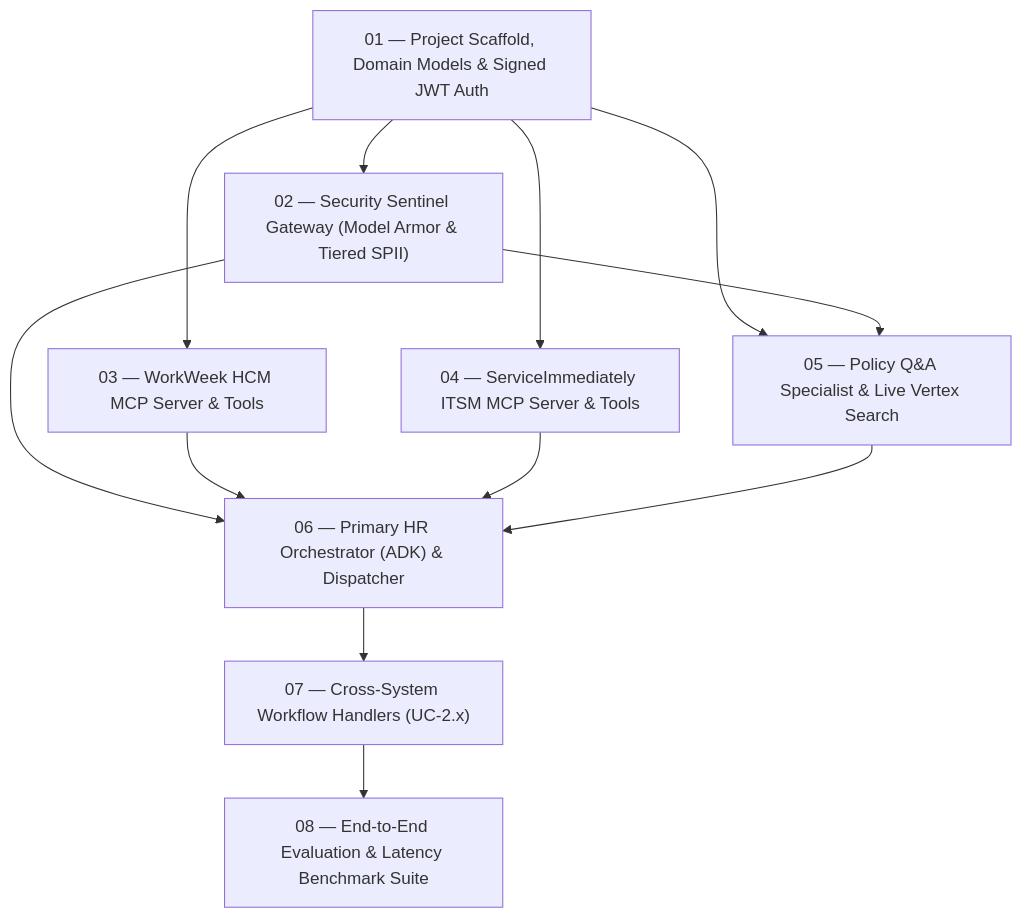
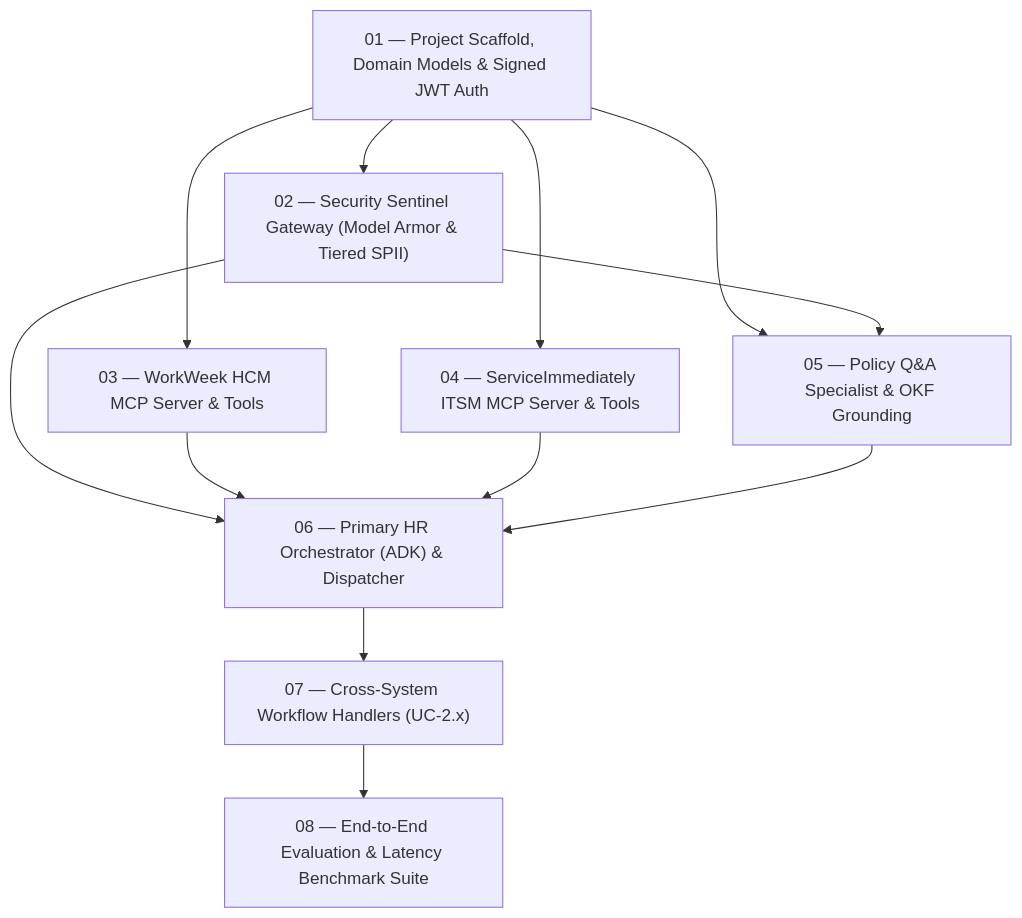
One commit to hhosur81-gcloud/so-elevated changed the diagram in README.md. Above: the diagram before and after it, drawn with Mermaid. The commit also changed other lines of this file and 205 other files, not shown here.

````diff
--- a/README.md
+++ b/README.md
@@ -79,25 +79,25 @@
 ```mermaid
 flowchart TD
     T1["01 — Project Scaffold, Domain Models & Signed JWT Auth"]
     T2["02 — Security Sentinel Gateway (Model Armor & Tiered SPII)"]
     T3["03 — WorkWeek HCM MCP Server & Tools"]
     T4["04 — ServiceImmediately ITSM MCP Server & Tools"]
-    T5["05 — Policy Q&A Specialist & Live Vertex Search"]
+    T5["05 — Policy Q&A Specialist & OKF Grounding"]
     T6["06 — Primary HR Orchestrator (ADK) & Dispatcher"]
     T7["07 — Cross-System Workflow Handlers (UC-2.x)"]
     T8["08 — End-to-End Evaluation & Latency Benchmark Suite"]
 
     T1 --> T2
     T1 --> T3
     T1 --> T4
     T1 --> T5
     T2 --> T5
 
     T2 --> T6
     T3 --> T6
     T4 --> T6
     T5 --> T6
 
     T6 --> T7
     T7 --> T8
 ```
````
